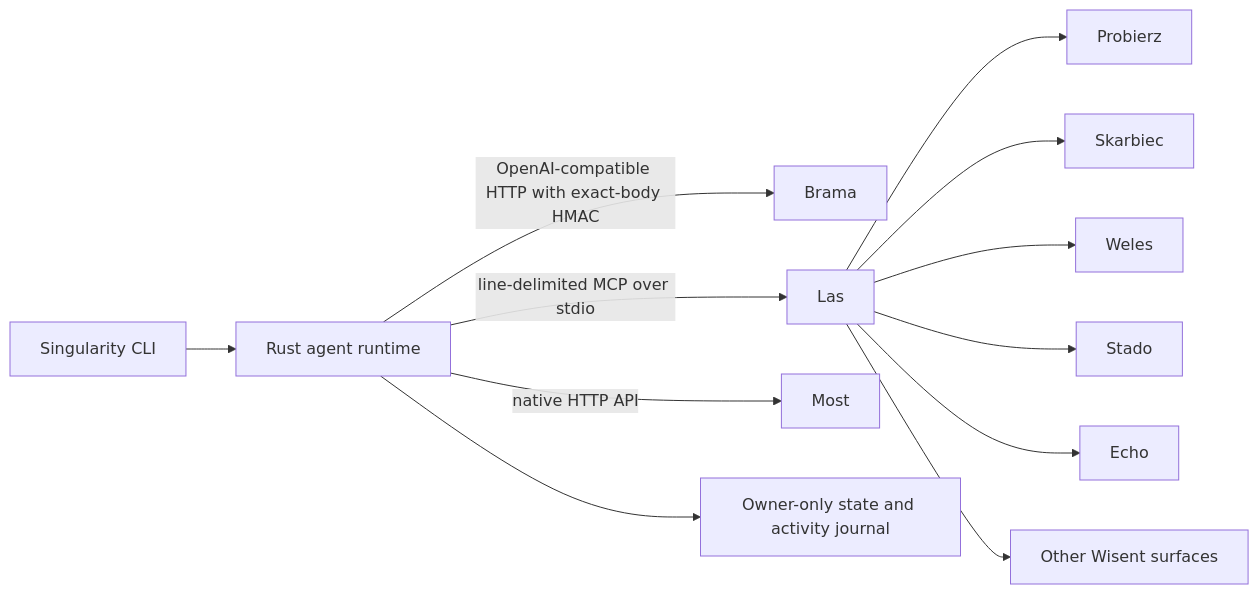
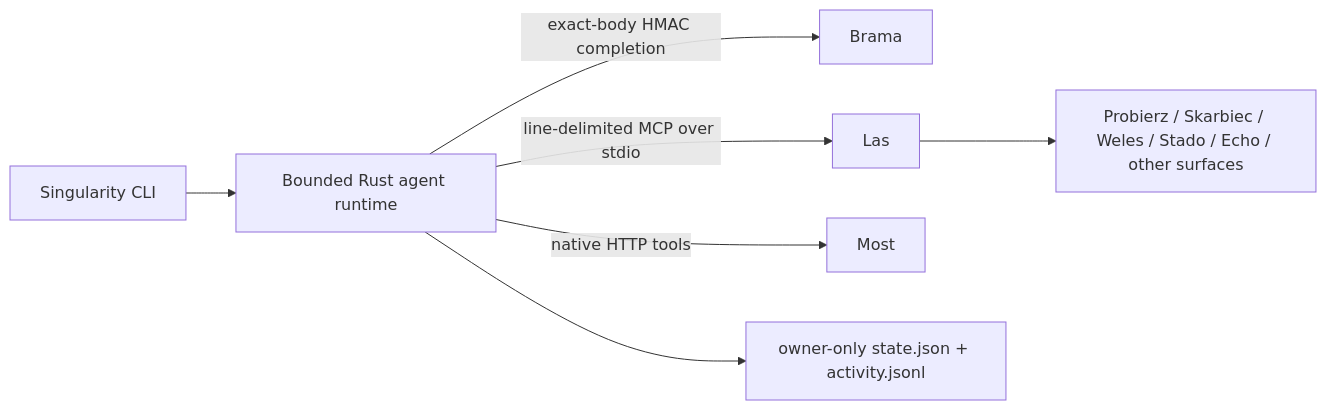
One commit to wisent-ai/singularity changed the diagram in README.md. Above: the diagram before and after it, drawn with Mermaid. The commit also changed other lines of this file, not shown here.

````diff
--- a/README.md
+++ b/README.md
@@ -18,14 +127,9 @@
 ```mermaid
 flowchart LR
-    CLI[Singularity CLI] --> Agent[Rust agent runtime]
-    Agent -->|OpenAI-compatible HTTP with exact-body HMAC| Brama
+    CLI[Singularity CLI] --> Agent[Bounded Rust agent runtime]
+    Agent -->|exact-body HMAC completion| Brama
     Agent -->|line-delimited MCP over stdio| Las
-    Las --> Probierz
-    Las --> Skarbiec
-    Las --> Weles
-    Las --> Stado
-    Las --> Echo
-    Las --> Other[Other Wisent surfaces]
-    Agent -->|native HTTP API| Most
-    Agent --> State[Owner-only state and activity journal]
+    Las --> Children[Probierz / Skarbiec / Weles / Stado / Echo / other surfaces]
+    Agent -->|native HTTP tools| Most
+    Agent --> State[owner-only state.json + activity.jsonl]
 ```
````
